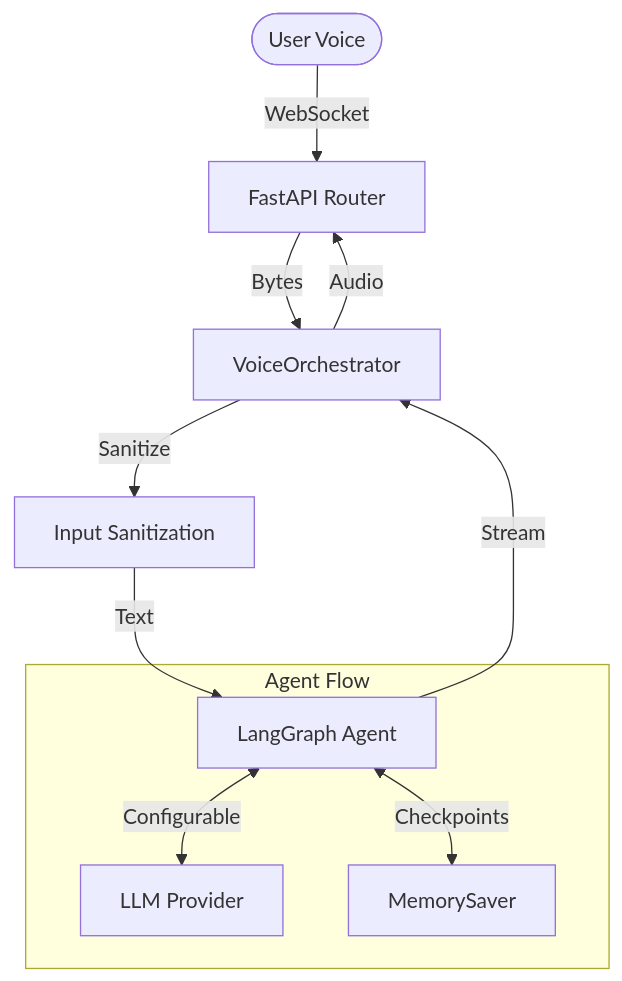
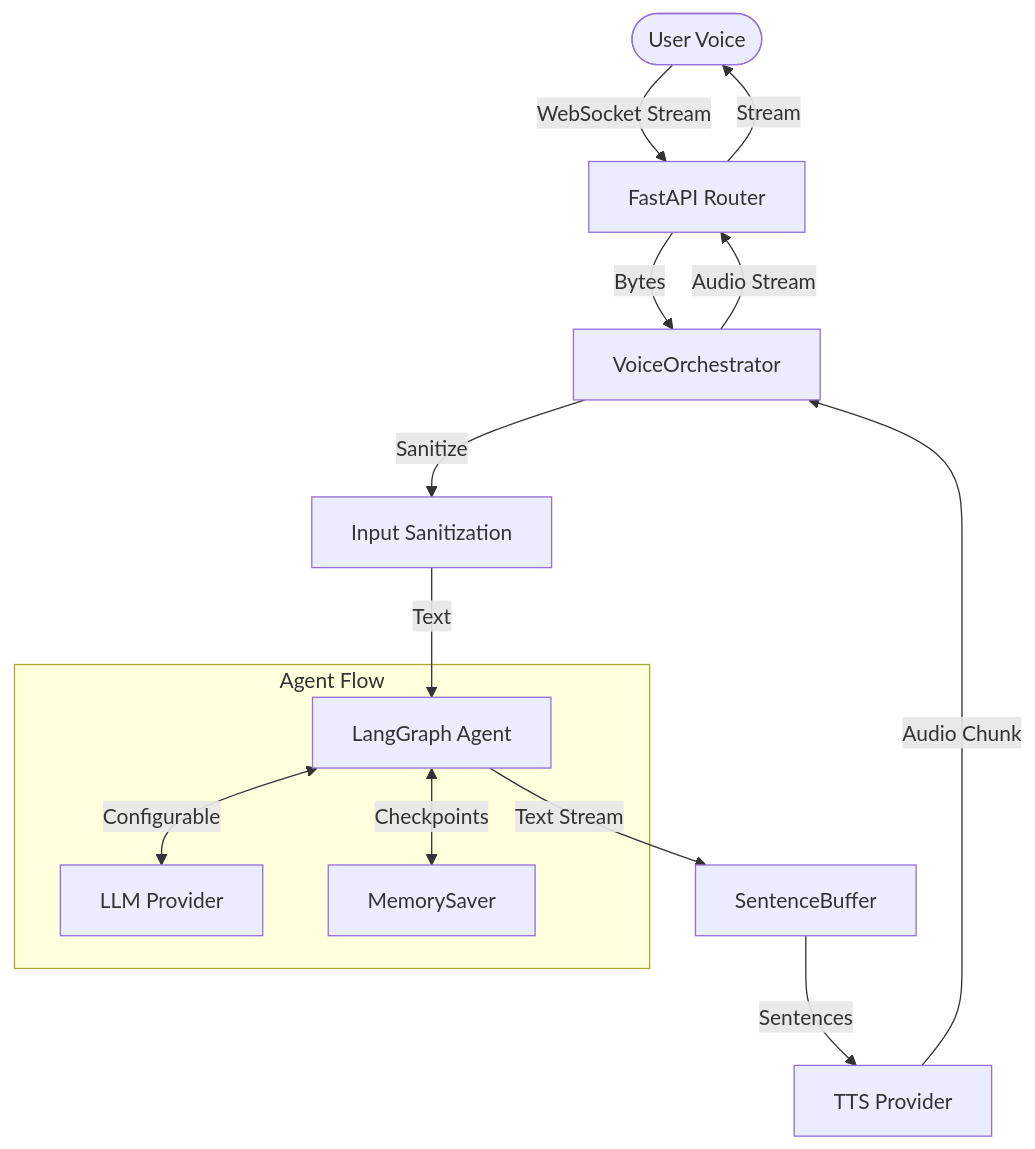
One commit to jhcook/agentic-dev changed the diagram in .agent/docs/backend_voice.md. Above: the diagram before and after it, drawn with Mermaid. The commit also changed other lines of this file and 9 other files, not shown here.

Commit message:
[INFRA-030] feat(voice): implement real-time streaming pipeline and advanced voice roadmap

````diff
--- a/.agent/docs/backend_voice.md
+++ b/.agent/docs/backend_voice.md
@@ -45,15 +45,20 @@
 ```mermaid
 graph TD
-    User([User Voice]) -->|WebSocket| Router[FastAPI Router]
+    User([User Voice]) -->|WebSocket Stream| Router[FastAPI Router]
     Router -->|Bytes| Orchestrator[VoiceOrchestrator]
     Orchestrator -->|Sanitize| Security[Input Sanitization]
     Security -->|Text| Agent[LangGraph Agent]
+    
     subgraph Agent Flow
         LLM[LLM Provider]
         Mem[MemorySaver]
         Agent <-->|Configurable| LLM
         Agent <-->|Checkpoints| Mem
     end
-    Agent -->|Stream| Orchestrator
-    Orchestrator -->|Audio| Router
+    
+    Agent -->|Text Stream| Buffer[SentenceBuffer]
+    Buffer -->|Sentences| TTS[TTS Provider]
+    TTS -->|Audio Chunk| Orchestrator
+    Orchestrator -->|Audio Stream| Router
+    Router -->|Stream| User
 ```
````
